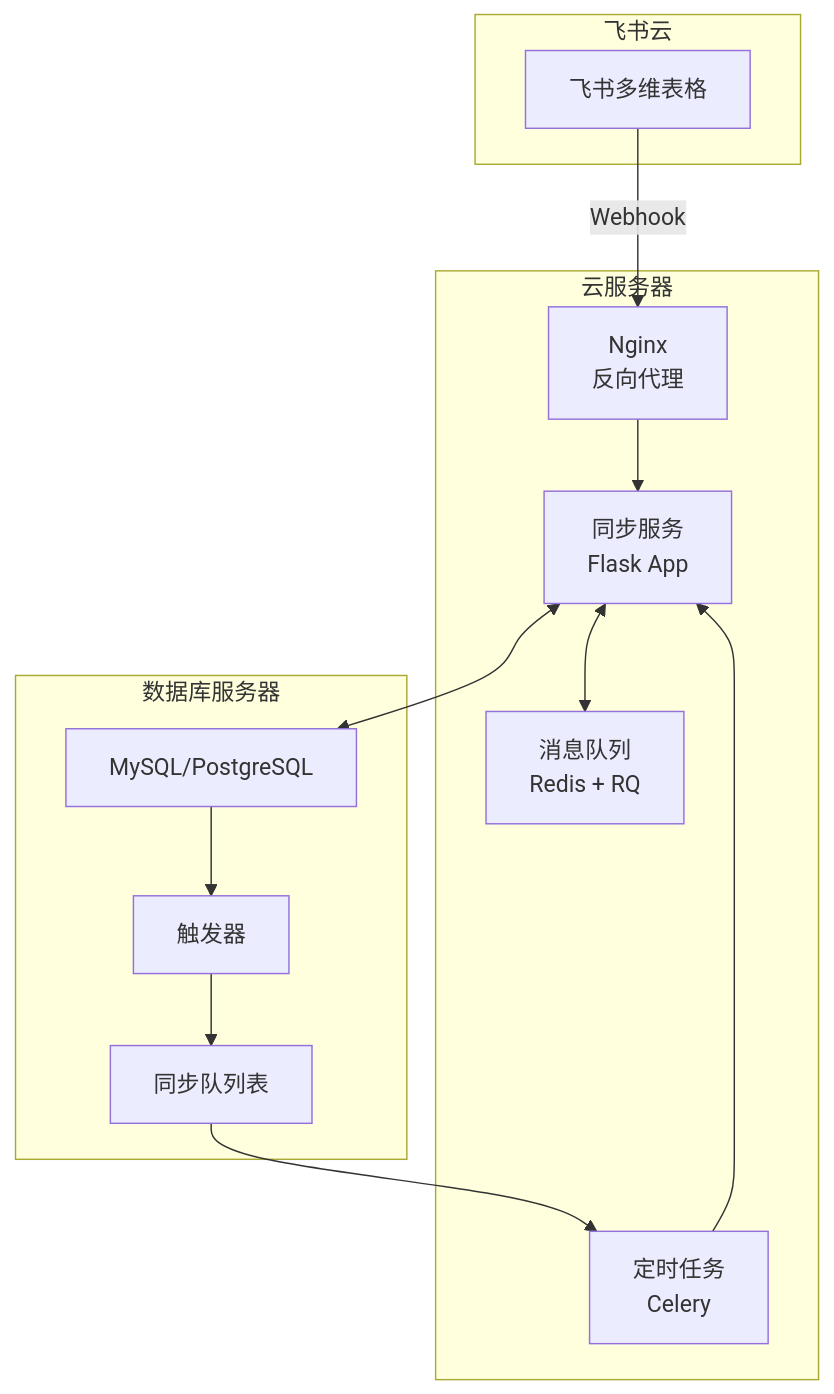
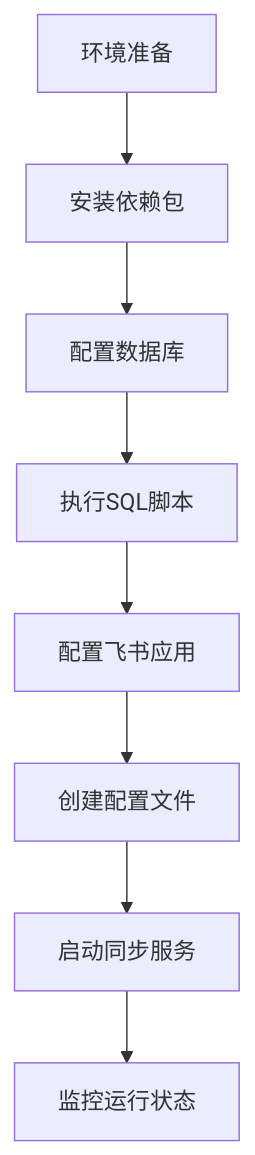
Before and after one commit to lory7c/db-fs: the fifth of 5 diagrams in README1.md, drawn with Mermaid. The commit also changed other lines of this file and 4 other files, not shown here.

````diff
--- a/README1.md
+++ b/README1.md
@@ -429,28 +236,10 @@
 ```mermaid
-graph TB
-    subgraph 飞书云
-        A[飞书多维表格]
-    end
-    
-    subgraph 云服务器
-        B[Nginx<br/>反向代理]
-        C[同步服务<br/>Flask App]
-        D[消息队列<br/>Redis + RQ]
-        E[定时任务<br/>Celery]
-    end
-    
-    subgraph 数据库服务器
-        F[MySQL/PostgreSQL]
-        G[触发器]
-        H[同步队列表]
-    end
-    
-    A -->|Webhook| B
-    B --> C
-    C <--> D
-    C <--> F
-    E --> C
-    F --> G
-    G --> H
-    H --> E
+graph TD
+    A[环境准备] --> B[安装依赖包]
+    B --> C[配置数据库]
+    C --> D[执行SQL脚本]
+    D --> E[配置飞书应用]
+    E --> F[创建配置文件]
+    F --> G[启动同步服务]
+    G --> H[监控运行状态]
 ```
````
